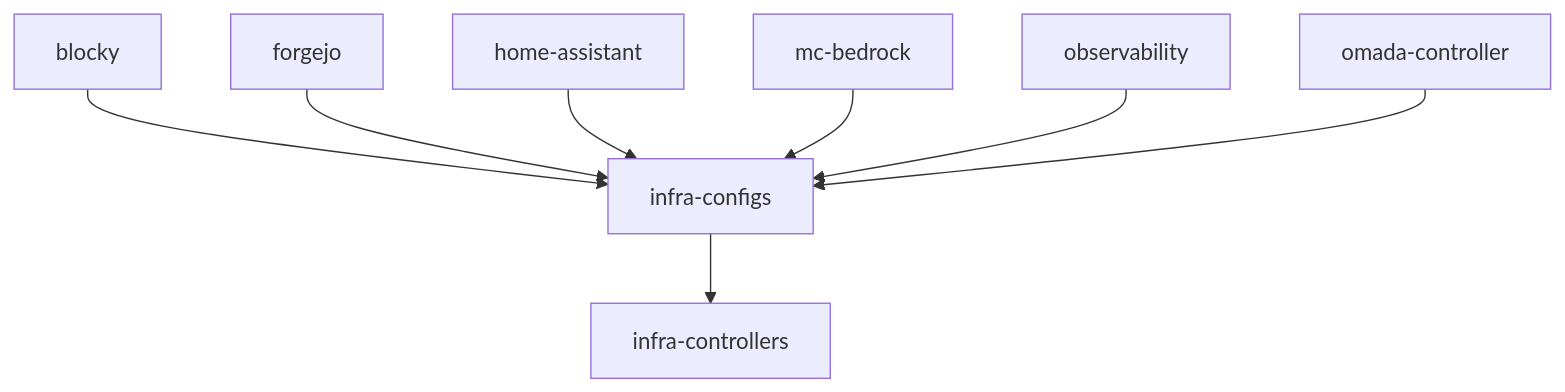
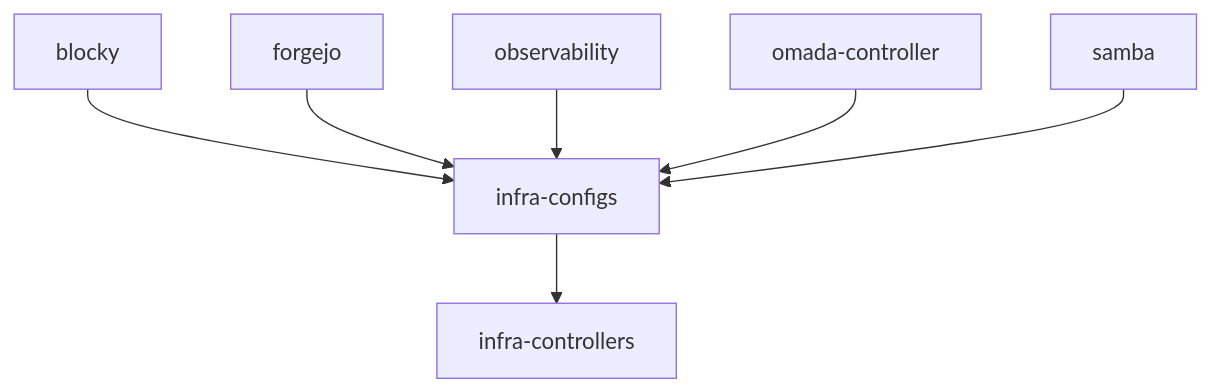
The diagram in README.md (tale/homelab), drawn with Mermaid before and after one commit. The commit also changed other lines of this file and 2 other files, not shown here.

````diff
--- a/README.md
+++ b/README.md
@@ -41,18 +28,11 @@
 ```mermaid
 flowchart TD
     infra_controllers[infra-controllers]
     infra_configs[infra-configs]
     infra_configs --> infra_controllers
-    blocky[blocky]
     blocky --> infra_configs
-    forgejo[forgejo]
     forgejo --> infra_configs
-    home_assistant[home-assistant]
-    home_assistant --> infra_configs
-    mc_bedrock[mc-bedrock]
-    mc_bedrock --> infra_configs
-    observability[observability]
     observability --> infra_configs
-    omada_controller[omada-controller]
-    omada_controller --> infra_configs
+    omada_controller[omada-controller] --> infra_configs
+    samba --> infra_configs
 ```
````
